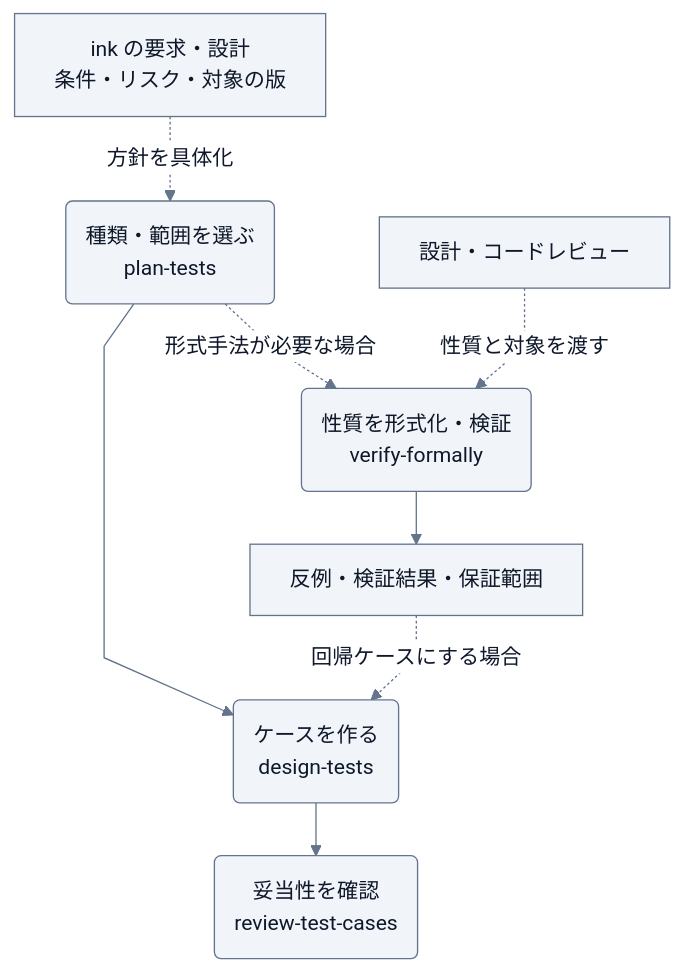
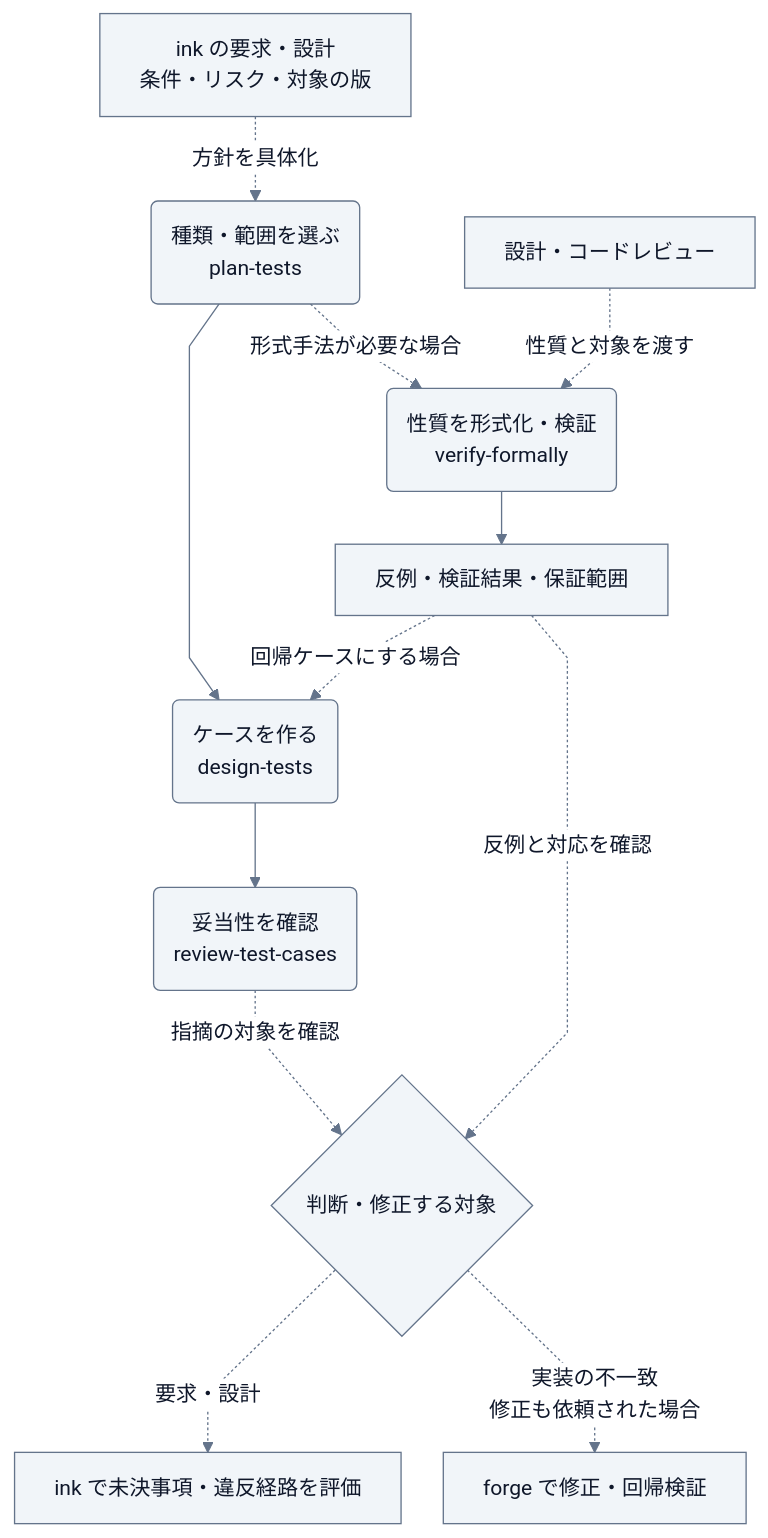
Before and after one commit to Wataru-Toriumi/agent-skills: the diagram in plugins/probe/README.md, drawn with Mermaid. The commit also changed other lines of this file and 7 other files, not shown here.

````diff
--- a/plugins/probe/README.md
+++ b/plugins/probe/README.md
@@ -19,30 +19,34 @@
 ```mermaid
 ---
 config:
   theme: base
   look: classic
   fontFamily: sans-serif
   themeVariables:
     primaryColor: "#F1F5F9"
     primaryTextColor: "#0F172A"
     primaryBorderColor: "#64748B"
     lineColor: "#64748B"
     tertiaryColor: "#F8FAFC"
     clusterBkg: "#F8FAFC"
     clusterBorder: "#CBD5E1"
     edgeLabelBackground: "#FFFFFF"
   flowchart:
     wrappingWidth: 300
     curve: linear
     nodeSpacing: 32
     rankSpacing: 40
 ---
 flowchart TD
     requirements["ink の要求・設計<br/>条件・リスク・対象の版"] -. 方針を具体化 .-> plan
     plan("種類・範囲を選ぶ<br/>plan-tests") --> design("ケースを作る<br/>design-tests")
     design --> review("妥当性を確認<br/>review-test-cases")
     plan -. 形式手法が必要な場合 .-> formal("性質を形式化・検証<br/>verify-formally")
     source["設計・コードレビュー"] -. 性質と対象を渡す .-> formal
     formal --> evidence["反例・検証結果・保証範囲"]
     evidence -. 回帰ケースにする場合 .-> design
+    review -. 指摘の対象を確認 .-> feedback{"判断・修正する対象"}
+    evidence -. 反例と対応を確認 .-> feedback
+    feedback -. 要求・設計 .-> ink["ink で未決事項・違反経路を評価"]
+    feedback -. "実装の不一致<br/>修正も依頼された場合" .-> forge["forge で修正・回帰検証"]
 ```
````
